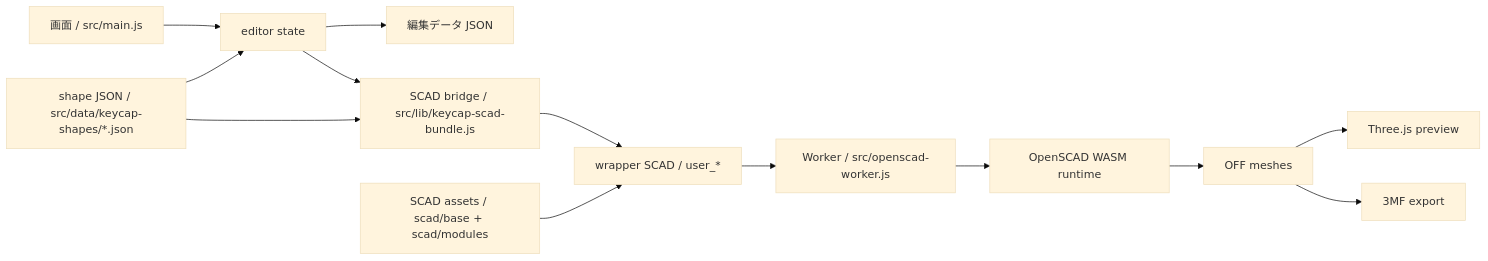
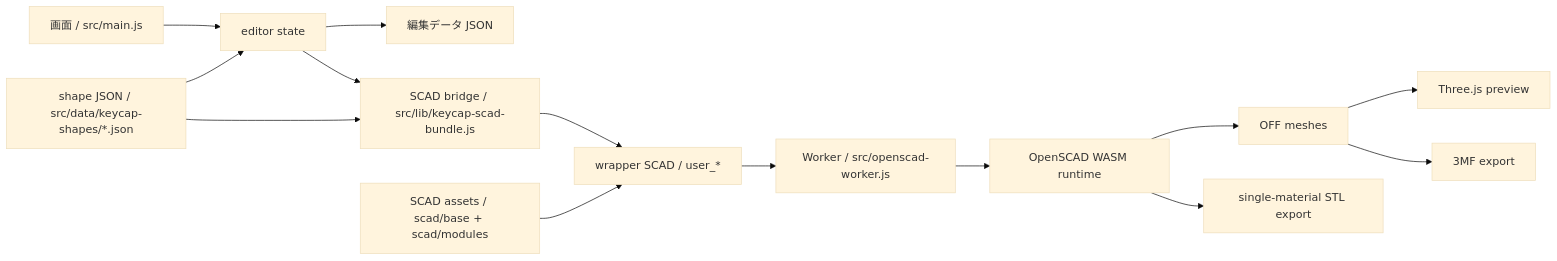
Before and after one commit to Masashi-desu/KeycapMaker: the diagram in docs/architecture/overview.md, drawn with Mermaid (base theme). The commit also changed other lines of this file and 15 other files, not shown here.

Commit message:
Add optional single-color STL export

````diff
--- a/docs/architecture/overview.md
+++ b/docs/architecture/overview.md
@@ -79,15 +80,16 @@
 ```mermaid
 flowchart LR
   screen["画面 / src/main.js"] --> state["editor state"]
   shapeJson["shape JSON / src/data/keycap-shapes/*.json"] --> state
   state --> editorJson["編集データ JSON"]
   state --> bridge["SCAD bridge / src/lib/keycap-scad-bundle.js"]
   shapeJson --> bridge
   bridge --> wrapper["wrapper SCAD / user_*"]
   scadAssets["SCAD assets / scad/base + scad/modules"] --> wrapper
   wrapper --> worker["Worker / src/openscad-worker.js"]
   worker --> wasm["OpenSCAD WASM runtime"]
   wasm --> off["OFF meshes"]
   off --> preview["Three.js preview"]
   off --> export3mf["3MF export"]
+  wasm --> exportStl["single-material STL export"]
 ```
````
